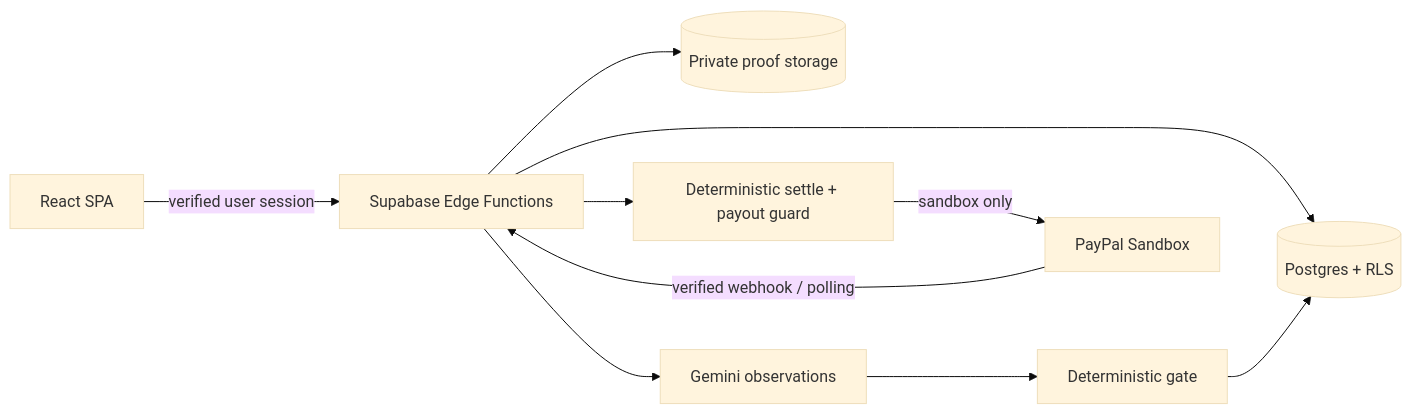
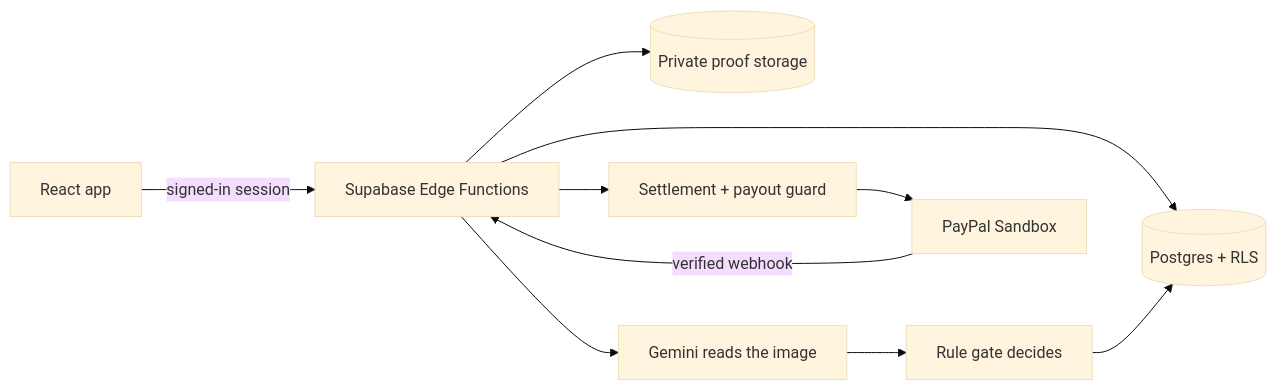
Before and after one commit to munazat/Stake-To-Bloom: the diagram in README.md, drawn with Mermaid (base theme). The commit also changed other lines of this file, not shown here.

Commit message:
docs: rewrite the README around the product, PayPal and AI usage, and setup

````diff
--- a/README.md
+++ b/README.md
@@ -30,12 +63,12 @@
 ```mermaid
 flowchart LR
-  Web[React SPA] -->|verified user session| Edge[Supabase Edge Functions]
+  Web[React app] -->|signed-in session| Edge[Supabase Edge Functions]
   Edge --> DB[(Postgres + RLS)]
   Edge --> Storage[(Private proof storage)]
-  Edge --> Gemini[Gemini observations]
-  Gemini --> Gate[Deterministic gate]
+  Edge --> Gemini[Gemini reads the image]
+  Gemini --> Gate[Rule gate decides]
   Gate --> DB
-  Edge --> Settle[Deterministic settle + payout guard]
-  Settle -->|sandbox only| PayPal[PayPal Sandbox]
-  PayPal -->|verified webhook / polling| Edge
+  Edge --> Settle[Settlement + payout guard]
+  Settle --> PayPal[PayPal Sandbox]
+  PayPal -->|verified webhook| Edge
 ```
````
